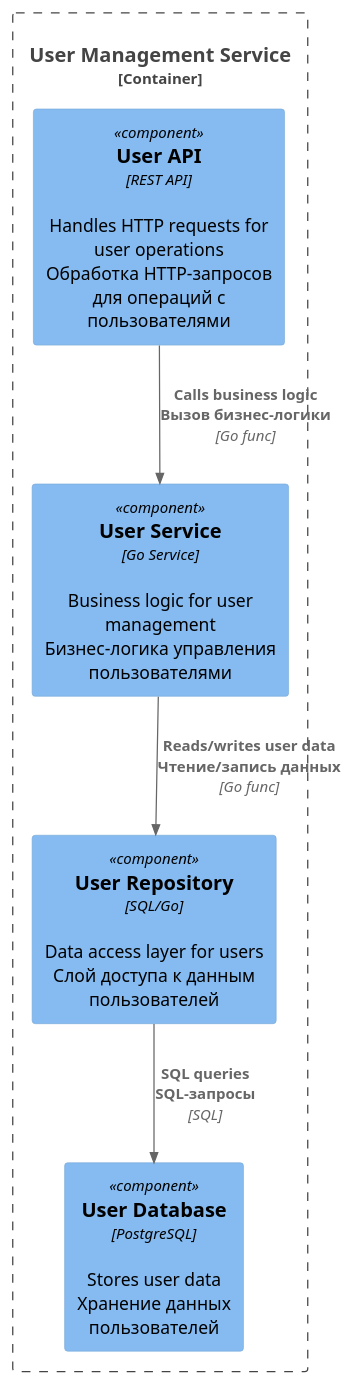
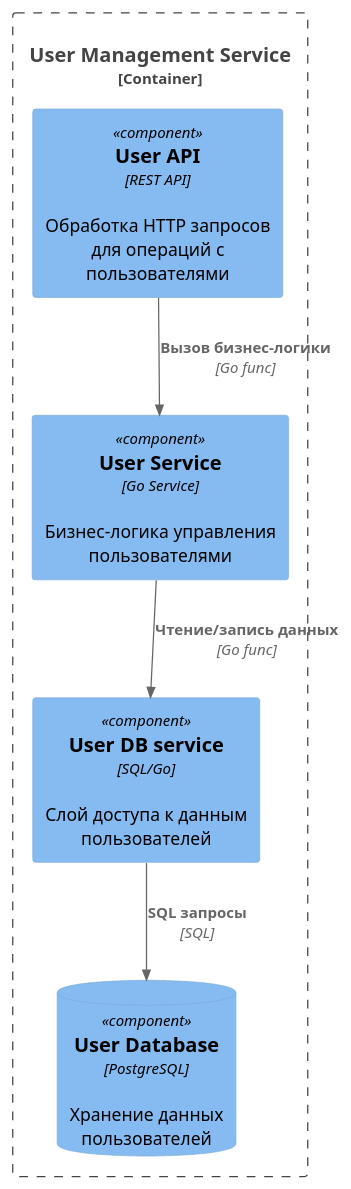
The diagram in docs/UserManagementService_components_C4.puml (ayakhont/architecture-warmhouse), drawn with PlantUML before and after one commit. The commit also changed 4 other files, not shown here.

```diff
--- a/docs/UserManagementService_components_C4.puml
+++ b/docs/UserManagementService_components_C4.puml
@@ -1,15 +1,15 @@
 @startuml
 !include <C4/C4_Component>
 
 Container_Boundary(userManagement, "User Management Service") {
-    Component(userApi, "User API", "REST API", "Handles HTTP requests for user operations\nОбработка HTTP-запросов для операций с пользователями")
-    Component(userService, "User Service", "Go Service", "Business logic for user management\nБизнес-логика управления пользователями")
-    Component(userRepo, "User Repository", "SQL/Go", "Data access layer for users\nСлой доступа к данным пользователей")
-    Component(userDb, "User Database", "PostgreSQL", "Stores user data\nХранение данных пользователей")
+    Component(userApi, "User API", "REST API", "Обработка HTTP запросов для операций с пользователями")
+    Component(userService, "User Service", "Go Service", "Бизнес-логика управления пользователями")
+    Component(userDBService, "User DB service", "SQL/Go", "Слой доступа к данным пользователей")
+    ComponentDb(userDb, "User Database", "PostgreSQL", "Хранение данных пользователей")
 }
 
-Rel(userApi, userService, "Calls business logic\nВызов бизнес-логики", "Go func")
-Rel(userService, userRepo, "Reads/writes user data\nЧтение/запись данных", "Go func")
-Rel(userRepo, userDb, "SQL queries\nSQL-запросы", "SQL")
+Rel(userApi, userService, "Вызов бизнес-логики", "Go func")
+Rel(userService, userDBService, "Чтение/запись данных", "Go func")
+Rel(userDBService, userDb, "SQL запросы", "SQL")
 
 @enduml
```
